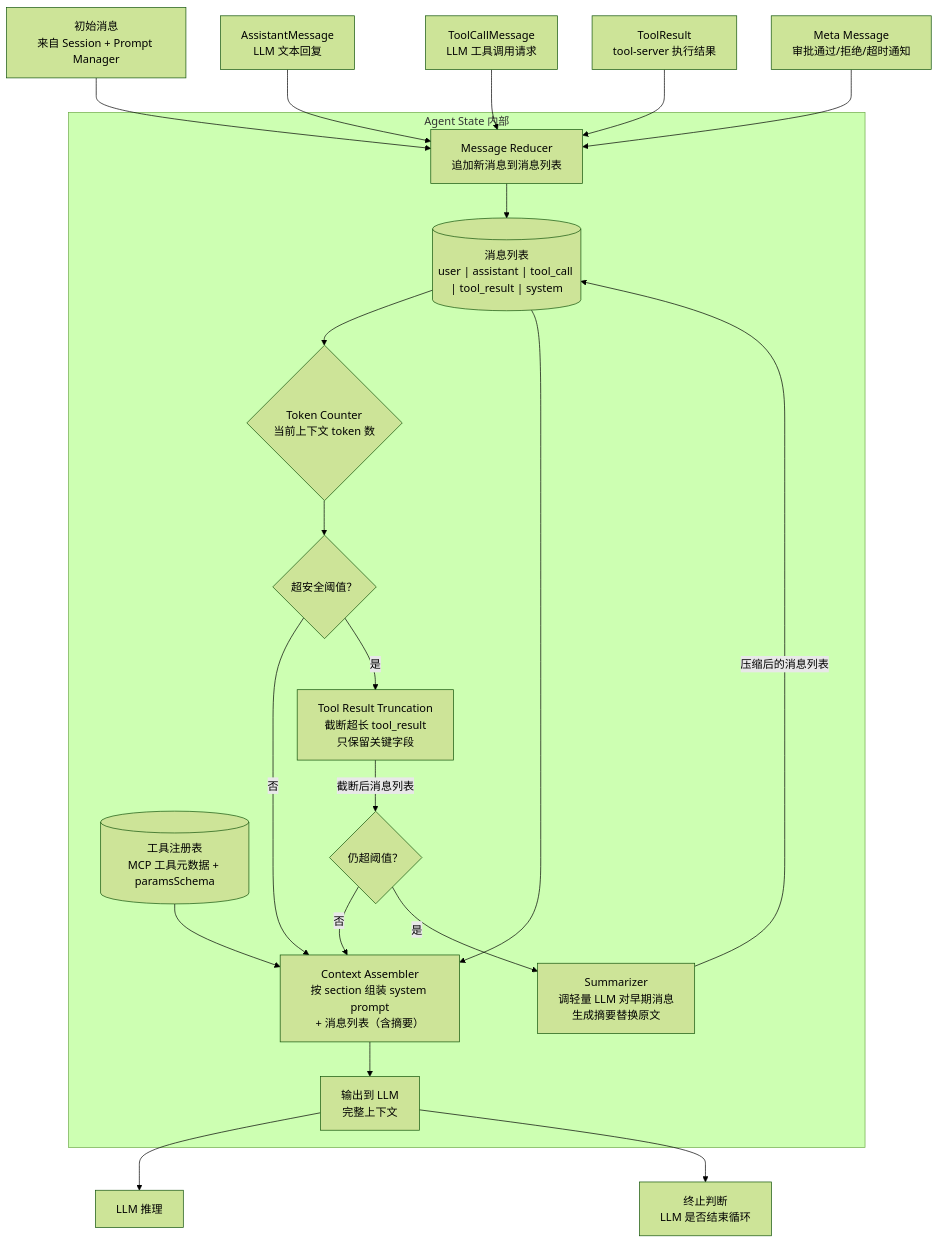
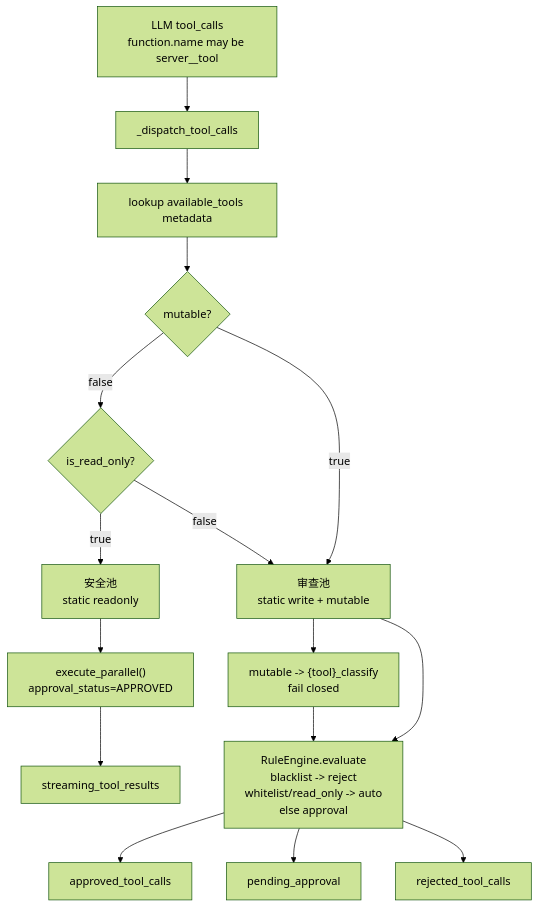
One commit to nazzeDe/alascup-agent changed the sixth of 13 diagrams in web-server/graph.md. Above: the diagram before and after it, drawn with Mermaid (forest theme). The commit also changed other lines of this file and 21 other files, not shown here.

````diff
--- a/web-server/graph.md
+++ b/web-server/graph.md
@@ -326,51 +216,29 @@
 ```mermaid
 flowchart TD
-    %% ── 写入端 ──
-    write_init["初始消息<br/>来自 Session + Prompt Manager"]
-    write_text["AssistantMessage<br/>LLM 文本回复"]
-    write_toolcall["ToolCallMessage<br/>LLM 工具调用请求"]
-    write_toolresult["ToolResult<br/>tool-server 执行结果"]
-    write_meta["Meta Message<br/>审批通过/拒绝/超时通知"]
+    llm_calls["LLM tool_calls<br/>function.name may be server__tool"]
+    dispatch["_dispatch_tool_calls"]
+    meta["lookup available_tools metadata"]
+    mutable{"mutable?"}
+    readonly{"is_read_only?"}
 
-    %% ── Agent State 内部 ──
-    subgraph agent_state_internals["Agent State 内部"]
-        msg_accumulator["Message Reducer<br/>追加新消息到消息列表"]
-        msg_list[("消息列表<br/>user | assistant | tool_call | tool_result | system")]
-        tool_registry[("工具注册表<br/>MCP 工具元数据 + paramsSchema")]
+    safe["安全池<br/>static readonly"]
+    pre_exec["execute_parallel()<br/>approval_status=APPROVED"]
+    pre_results["streaming_tool_results"]
 
-        token_counter{"Token Counter<br/>当前上下文 token 数"}
-        threshold_check{"超安全阈值？"}
-        truncator["Tool Result Truncation<br/>截断超长 tool_result<br/>只保留关键字段"]
-        retry_check{"仍超阈值？"}
-        summarizer["Summarizer<br/>调轻量 LLM 对早期消息<br/>生成摘要替换原文"]
-        context_assembler["Context Assembler<br/>按 section 组装 system prompt<br/>+ 消息列表（含摘要）"]
-        output_context["输出到 LLM<br/>完整上下文"]
-    end
+    review_pool["审查池<br/>static write + mutable"]
+    classify["mutable -> {tool}_classify<br/>fail closed"]
+    rule["RuleEngine.evaluate<br/>blacklist -> reject<br/>whitelist/read_only -> auto<br/>else approval"]
+    approved["approved_tool_calls"]
+    pending["pending_approval"]
+    rejected["rejected_tool_calls"]
 
-    %% ── 读取端 ──
-    read_think["LLM 推理"]
-    read_decide["终止判断<br/>LLM 是否结束循环"]
-
-    %% 连线
-    write_init --> msg_accumulator
-    write_text --> msg_accumulator
-    write_toolcall --> msg_accumulator
-    write_toolresult --> msg_accumulator
-    write_meta --> msg_accumulator
-
-    msg_accumulator --> msg_list
-    msg_list --> token_counter
-    token_counter --> threshold_check
-    threshold_check -- "否" --> context_assembler
-    threshold_check -- "是" --> truncator
-    truncator -- "截断后消息列表" --> retry_check
-    retry_check -- "否" --> context_assembler
-    retry_check -- "是" --> summarizer
-    summarizer -- "压缩后的消息列表" --> msg_list
-
-    msg_list --> context_assembler
-    tool_registry --> context_assembler
-    context_assembler --> output_context
-    output_context --> read_think
-    output_context --> read_decide
+    llm_calls --> dispatch --> meta --> mutable
+    mutable -- "false" --> readonly
+    readonly -- "true" --> safe --> pre_exec --> pre_results
+    readonly -- "false" --> review_pool
+    mutable -- "true" --> review_pool --> classify --> rule
+    review_pool --> rule
+    rule --> approved
+    rule --> pending
+    rule --> rejected
 ```
````
